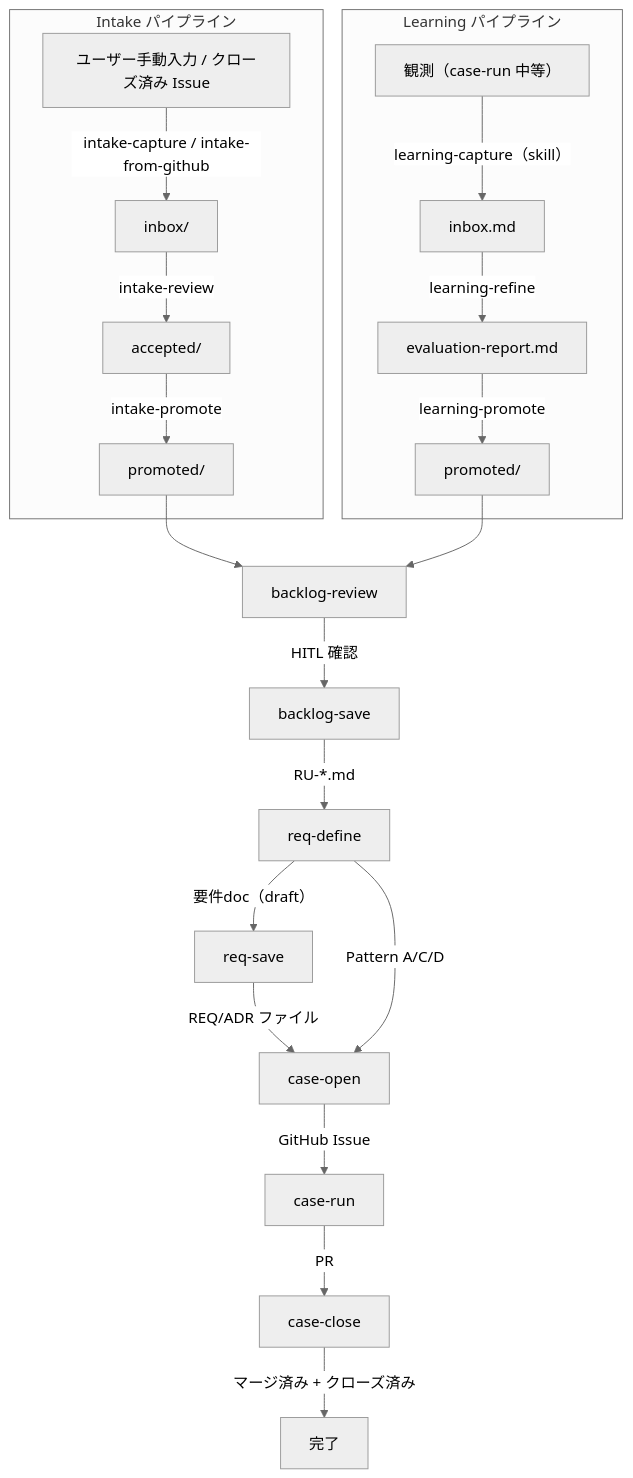
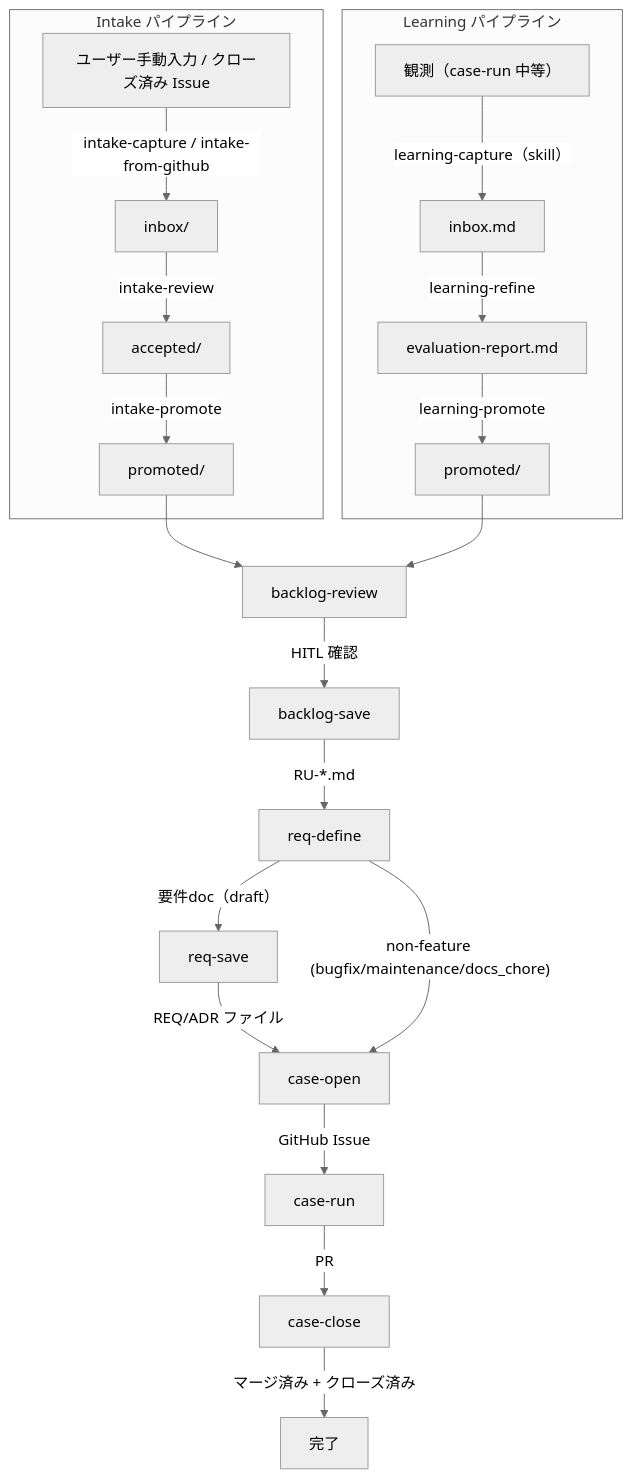
The diagram in docs/guides/workflow-overview.md (yogata/agent-dev-flow), drawn with Mermaid (neutral theme) before and after one commit. The commit also changed other lines of this file and 16 other files, not shown here.

````diff
--- a/docs/guides/workflow-overview.md
+++ b/docs/guides/workflow-overview.md
@@ -7,23 +7,23 @@
 ```mermaid
 flowchart TD
     subgraph Intake["Intake パイプライン"]
         IC["ユーザー手動入力 / クローズ済み Issue"] -->|intake-capture / intake-from-github| INBOX["inbox/"]
         INBOX -->|intake-review| ACC["accepted/"]
         ACC -->|intake-promote| IP["promoted/"]
     end
     subgraph Learning["Learning パイプライン"]
         LC["観測（case-run 中等）"] -->|learning-capture（skill）| LRB["inbox.md"]
         LRB -->|learning-refine| ER["evaluation-report.md"]
         ER -->|learning-promote| LP["promoted/"]
     end
     IP --> BR
     LP --> BR
     BR["backlog-review"] -->|HITL 確認| BS["backlog-save"]
     BS -->|"RU-*.md"| RD["req-define"]
     RD -->|"要件doc（draft）"| RS["req-save"]
     RS -->|"REQ/ADR ファイル"| CO["case-open"]
-    RD -->|"Pattern A/C/D"| CO
+    RD -->|"non-feature (bugfix/maintenance/docs_chore)"| CO
     CO -->|"GitHub Issue"| CR["case-run"]
     CR -->|"PR"| CC["case-close"]
     CC -->|"マージ済み + クローズ済み"| DONE["完了"]
 ```
````
